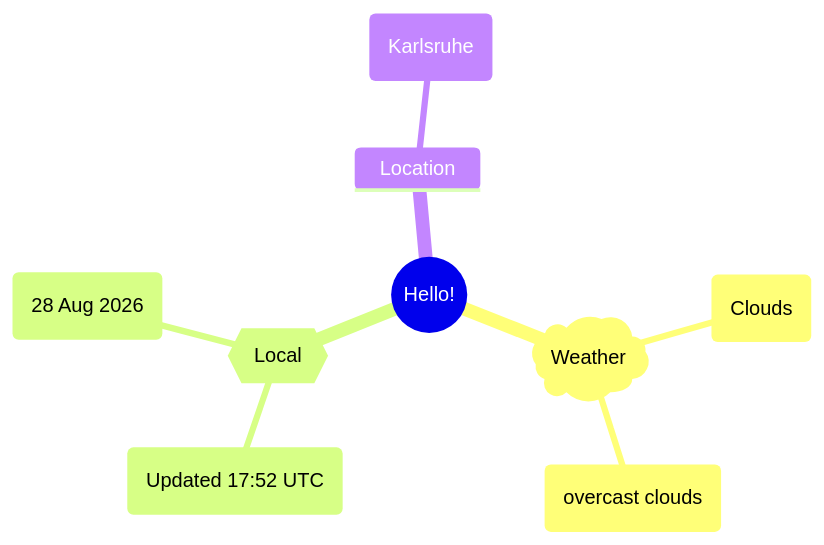
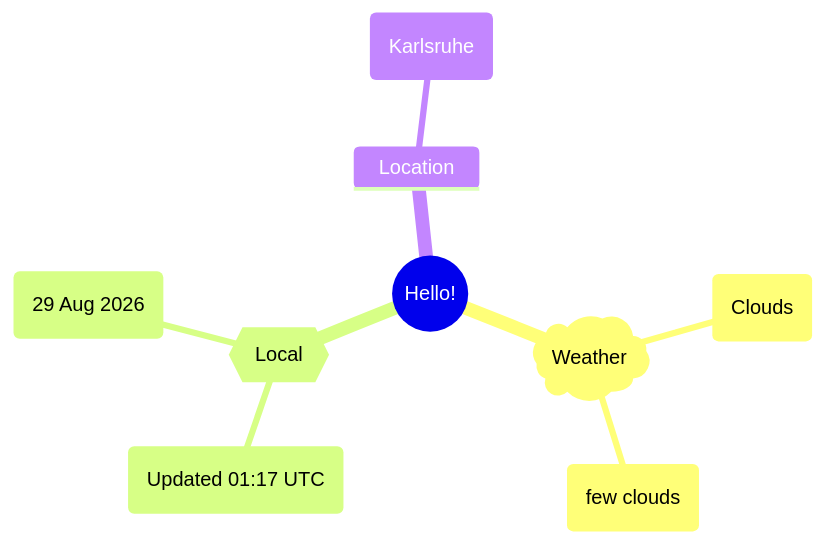
The first of 2 diagrams in README.md (Xosrov/Xosrov), drawn with Mermaid before and after one commit.

Commit message:
[bot] updated images

````diff
--- a/README.md
+++ b/README.md
@@ -3,12 +3,12 @@
 ```mermaid
 mindmap
   root((Hello!))
     )Weather(
         (Clouds)
-        (overcast clouds)
+        (few clouds)
     {{Local}}
-        (Updated 17:52 UTC)
-        (28 Aug 2026)
+        (Updated 01:17 UTC)
+        (29 Aug 2026)
     Location
         (Karlsruhe)
 ```
````
